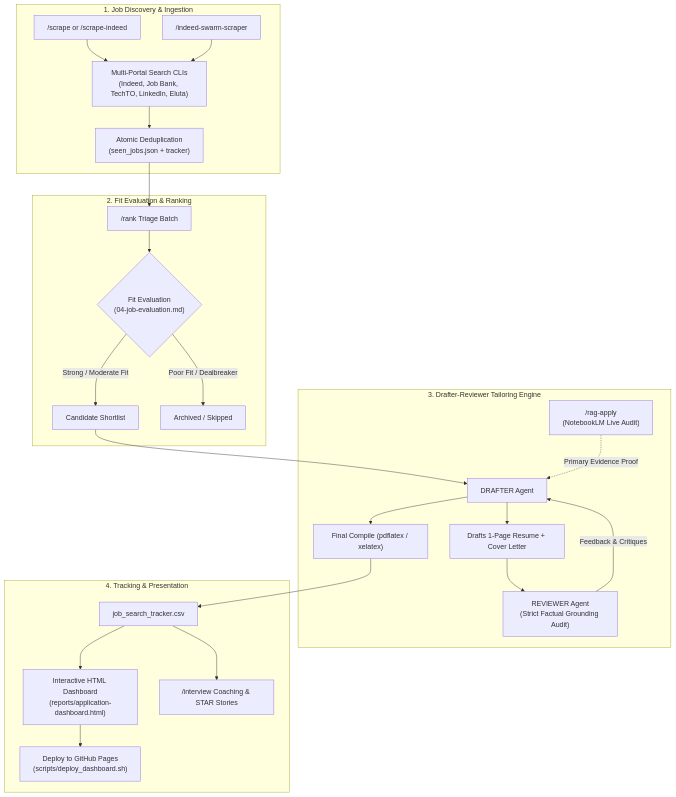
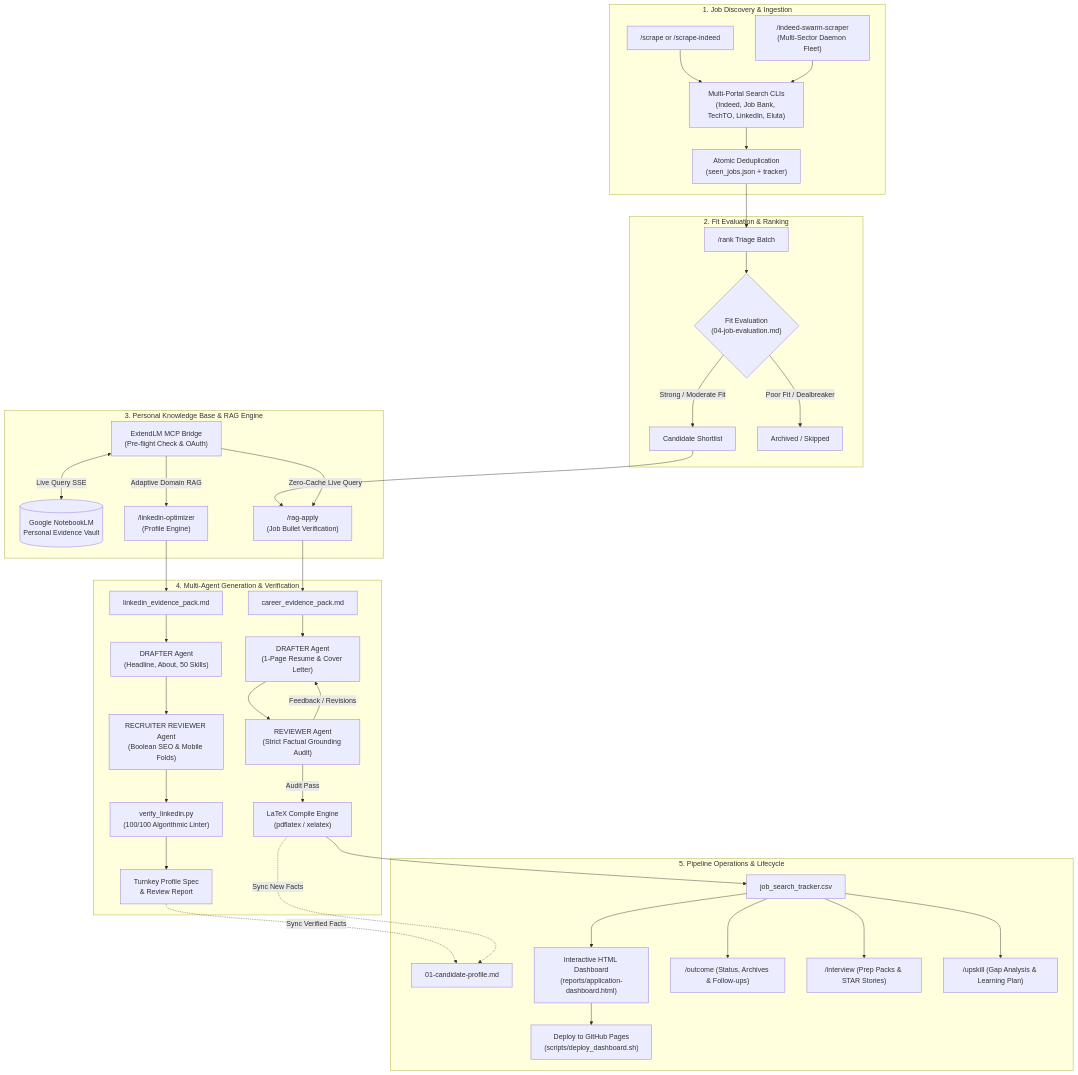
One commit to StickwoodJr/ai-job-search-enhanced changed the diagram in README.md. Above: the diagram before and after it, drawn with Mermaid. The commit also changed 5 other files, not shown here.

First line of the commit message:
docs(architecture): update all architecture flowcharts across workspace

````diff
--- a/README.md
+++ b/README.md
@@ -97,31 +97,48 @@
 ```mermaid
 flowchart TD
     subgraph Discovery ["1. Job Discovery & Ingestion"]
         A["/scrape or /scrape-indeed"] --> B["Multi-Portal Search CLIs<br/>(Indeed, Job Bank, TechTO, LinkedIn, Eluta)"]
-        S["/indeed-swarm-scraper"] --> B
+        S["/indeed-swarm-scraper<br/>(Multi-Sector Daemon Fleet)"] --> B
         B --> C["Atomic Deduplication<br/>(seen_jobs.json + tracker)"]
     end
 
     subgraph Triage ["2. Fit Evaluation & Ranking"]
         C --> D["/rank Triage Batch"]
         D --> E{"Fit Evaluation<br/>(04-job-evaluation.md)"}
         E -->|Strong / Moderate Fit| F["Candidate Shortlist"]
         E -->|Poor Fit / Dealbreaker| G["Archived / Skipped"]
     end
 
-    subgraph Drafting ["3. Drafter-Reviewer Tailoring Engine"]
-        F --> H["DRAFTER Agent"]
-        RAG["/rag-apply<br/>(NotebookLM Live Audit)"] -.->|Primary Evidence Proof| H
-        H --> I["Drafts 1-Page Resume + Cover Letter"]
-        I --> J["REVIEWER Agent<br/>(Strict Factual Grounding Audit)"]
-        J -->|Feedback & Critiques| H
-        H --> K["Final Compile (pdflatex / xelatex)"]
+    subgraph Grounding ["3. Personal Knowledge Base & RAG Engine"]
+        KB[("Google NotebookLM<br/>Personal Evidence Vault")]
+        ExtLM["ExtendLM MCP Bridge<br/>(Pre-flight Check & OAuth)"] <-->|Live Query SSE| KB
+        F --> RAGApp["/rag-apply<br/>(Job Bullet Verification)"]
+        ExtLM -->|Zero-Cache Live Query| RAGApp
+        ExtLM -->|Adaptive Domain RAG| LIOpt["/linkedin-optimizer<br/>(Profile Engine)"]
     end
 
-    subgraph Operations ["4. Tracking & Presentation"]
-        K --> L["job_search_tracker.csv"]
-        L --> M["Interactive HTML Dashboard<br/>(reports/application-dashboard.html)"]
-        M --> N["Deploy to GitHub Pages<br/>(scripts/deploy_dashboard.sh)"]
-        L --> O["/interview Coaching & STAR Stories"]
+    subgraph Tailoring ["4. Multi-Agent Generation & Verification"]
+        RAGApp --> EvPack["career_evidence_pack.md"]
+        EvPack --> DraftA["DRAFTER Agent<br/>(1-Page Resume & Cover Letter)"]
+        DraftA --> RevA["REVIEWER Agent<br/>(Strict Factual Grounding Audit)"]
+        RevA -->|Audit Pass| Comp["LaTeX Compile Engine<br/>(pdflatex / xelatex)"]
+        RevA -->|Feedback / Revisions| DraftA
+
+        LIOpt --> EvPackLI["linkedin_evidence_pack.md"]
+        EvPackLI --> DraftLI["DRAFTER Agent<br/>(Headline, About, 50 Skills)"]
+        DraftLI --> RevLI["RECRUITER REVIEWER Agent<br/>(Boolean SEO & Mobile Folds)"]
+        RevLI --> LintLI["verify_linkedin.py<br/>(100/100 Algorithmic Linter)"]
+        LintLI --> MasterLI["Turnkey Profile Spec<br/>& Review Report"]
+    end
+
+    subgraph Operations ["5. Pipeline Operations & Lifecycle"]
+        Comp --> Tracker["job_search_tracker.csv"]
+        MasterLI -.->|Sync Verified Facts| Profile["01-candidate-profile.md"]
+        Comp -.->|Sync New Facts| Profile
+        Tracker --> Dash["Interactive HTML Dashboard<br/>(reports/application-dashboard.html)"]
+        Dash --> Pages["Deploy to GitHub Pages<br/>(scripts/deploy_dashboard.sh)"]
+        Tracker --> Outcomes["/outcome (Status, Archives & Follow-ups)"]
+        Tracker --> Interview["/interview (Prep Packs & STAR Stories)"]
+        Tracker --> Upskill["/upskill (Gap Analysis & Learning Plan)"]
     end
 ```
````
